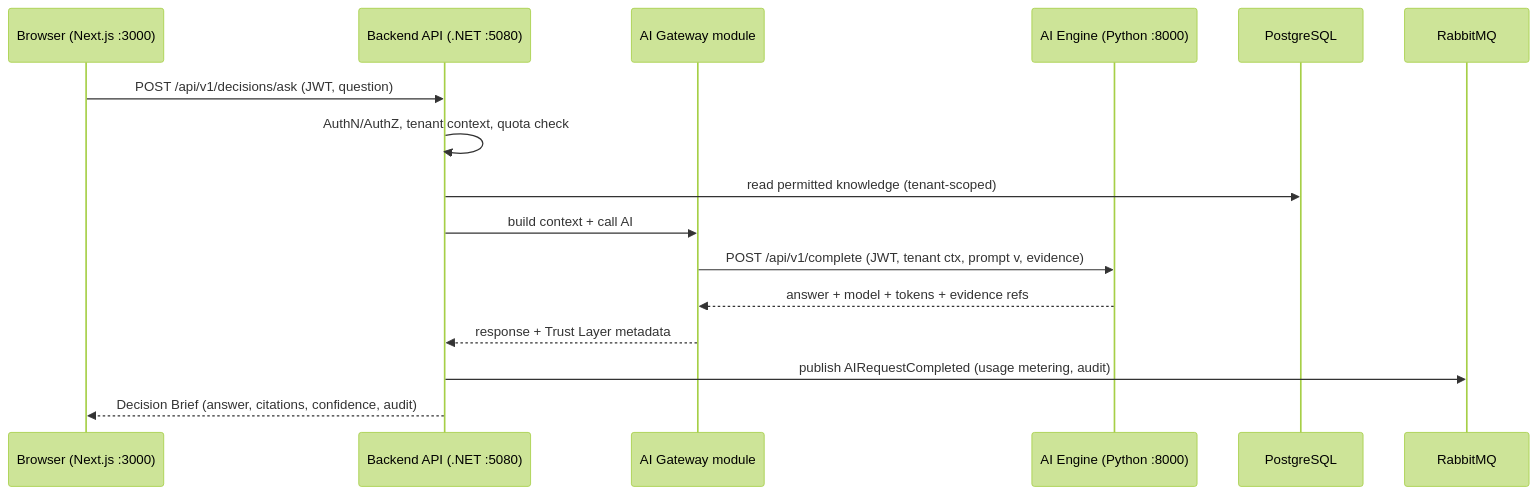
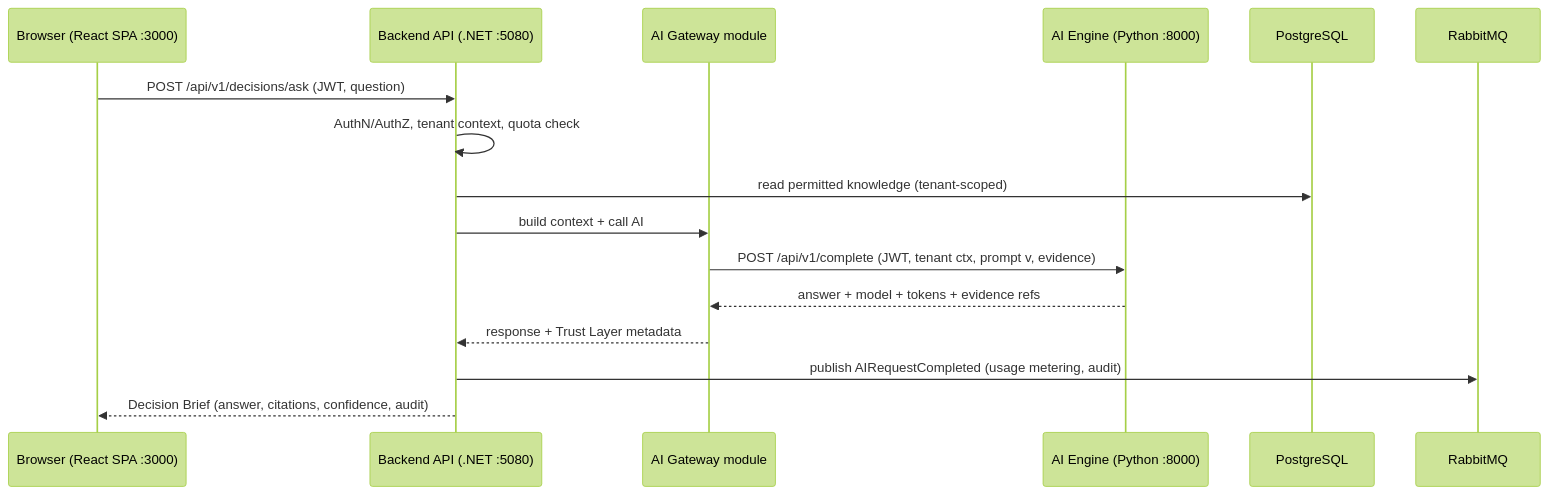
One commit to 004-rahul/Project-ZERO changed the second of 2 diagrams in docs/DEVELOPER_GUIDE.md. Above: the diagram before and after it, drawn with Mermaid (forest theme). The commit also changed other lines of this file and 15 other files, not shown here.

````diff
--- a/docs/DEVELOPER_GUIDE.md
+++ b/docs/DEVELOPER_GUIDE.md
@@ -149,19 +164,19 @@
 ```mermaid
 sequenceDiagram
-    participant B as Browser (Next.js :3000)
+    participant B as Browser (React SPA :3000)
     participant A as Backend API (.NET :5080)
     participant AG as AI Gateway module
     participant AI as AI Engine (Python :8000)
     participant DB as PostgreSQL
     participant MQ as RabbitMQ
 
     B->>A: POST /api/v1/decisions/ask (JWT, question)
     A->>A: AuthN/AuthZ, tenant context, quota check
     A->>DB: read permitted knowledge (tenant-scoped)
     A->>AG: build context + call AI
     AG->>AI: POST /api/v1/complete (JWT, tenant ctx, prompt v, evidence)
     AI-->>AG: answer + model + tokens + evidence refs
     AG-->>A: response + Trust Layer metadata
     A->>MQ: publish AIRequestCompleted (usage metering, audit)
     A-->>B: Decision Brief (answer, citations, confidence, audit)
 ```
````
